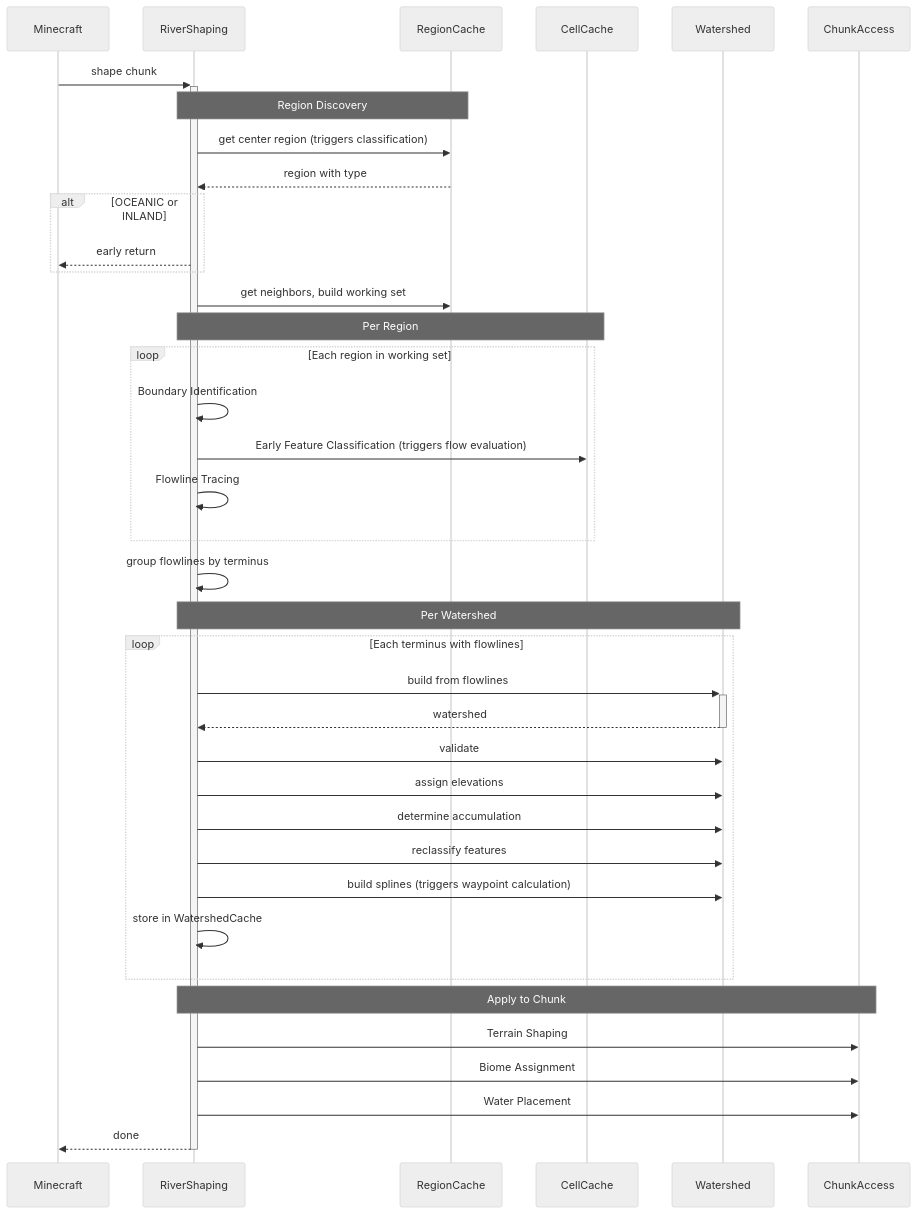
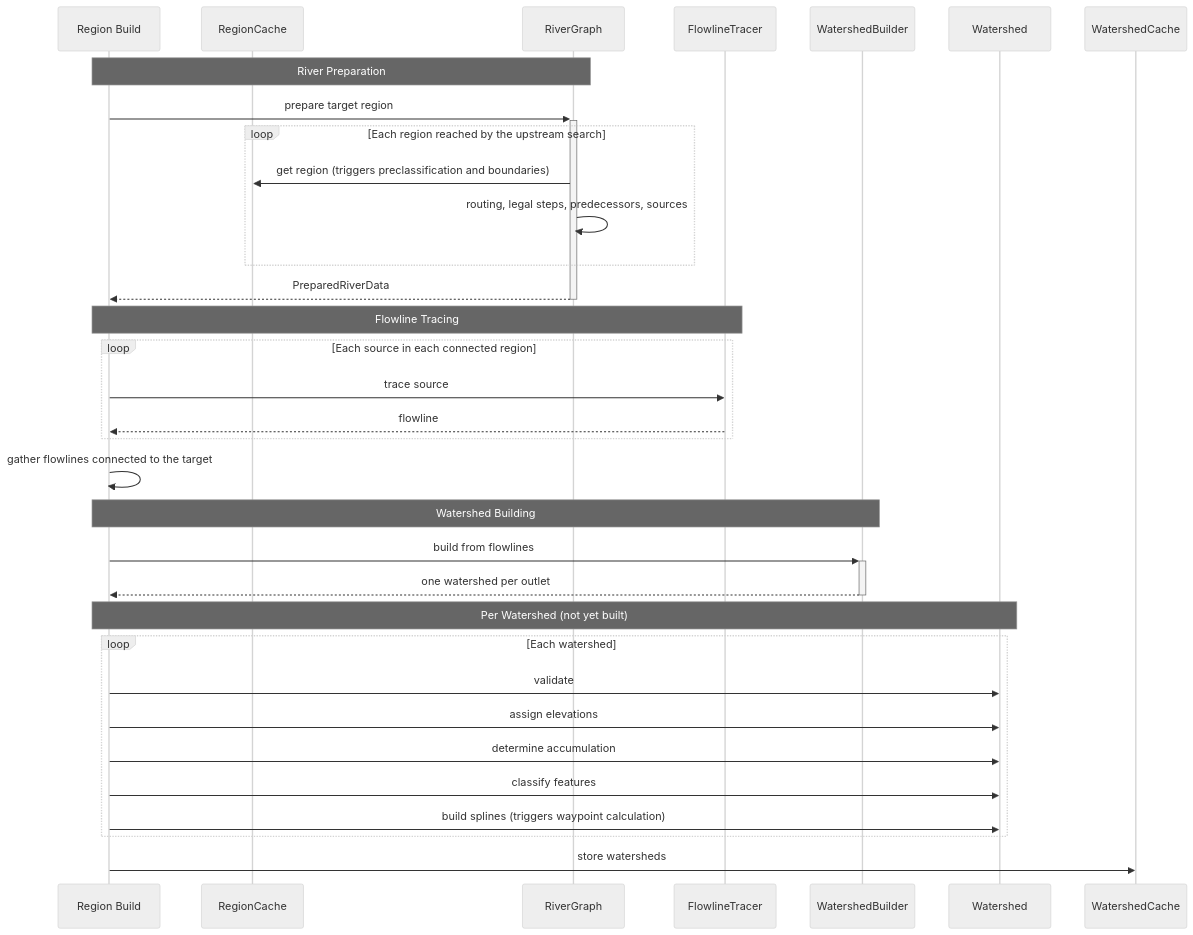
The fourth of 22 diagrams in docs/features/rivers/Rough Diagrams.md (SoSly/RiverTale), drawn with Mermaid (neutral theme) before and after one commit. The commit also changed other lines of this file and 33 other files, not shown here.

Commit message:
docs: replace stale feature docs with an accurate rough diagrams map

````diff
--- a/docs/features/rivers/Rough Diagrams.md
+++ b/docs/features/rivers/Rough Diagrams.md
@@ -49,49 +136,40 @@
 ```mermaid
 sequenceDiagram
-    participant Minecraft
-    participant RiverShaping
+    participant Build as Region Build
     participant RegionCache
-    participant CellCache
+    participant RiverGraph
+    participant FlowlineTracer
+    participant WatershedBuilder
     participant Watershed
-    participant ChunkAccess
+    participant WatershedCache
 
-    Minecraft ->>+ RiverShaping: shape chunk
+    Note over Build,RiverGraph: River Preparation
+    Build ->>+ RiverGraph: prepare target region
+    loop Each region reached by the upstream search
+        RiverGraph ->> RegionCache: get region (triggers preclassification and boundaries)
+        RiverGraph ->> RiverGraph: routing, legal steps, predecessors, sources
+    end
+    RiverGraph -->>- Build: PreparedRiverData
 
-    Note over RiverShaping,RegionCache: Region Discovery
-    RiverShaping ->> RegionCache: get center region (triggers classification)
-    RegionCache -->> RiverShaping: region with type
+    Note over Build,FlowlineTracer: Flowline Tracing
+    loop Each source in each connected region
+        Build ->> FlowlineTracer: trace source
+        FlowlineTracer -->> Build: flowline
+    end
+    Build ->> Build: gather flowlines connected to the target
 
-    alt OCEANIC or INLAND
-        RiverShaping -->> Minecraft: early return
+    Note over Build,WatershedBuilder: Watershed Building
+    Build ->>+ WatershedBuilder: build from flowlines
+    WatershedBuilder -->>- Build: one watershed per outlet
+
+    Note over Build,Watershed: Per Watershed (not yet built)
+    loop Each watershed
+        Build ->> Watershed: validate
+        Build ->> Watershed: assign elevations
+        Build ->> Watershed: determine accumulation
+        Build ->> Watershed: classify features
+        Build ->> Watershed: build splines (triggers waypoint calculation)
     end
 
-    RiverShaping ->> RegionCache: get neighbors, build working set
-
-    Note over RiverShaping,CellCache: Per Region
-    loop Each region in working set
-        RiverShaping ->> RiverShaping: Boundary Identification
-        RiverShaping ->> CellCache: Early Feature Classification (triggers flow evaluation)
-        RiverShaping ->> RiverShaping: Flowline Tracing
-    end
-
-    RiverShaping ->> RiverShaping: group flowlines by terminus
-
-    Note over RiverShaping,Watershed: Per Watershed
-    loop Each terminus with flowlines
-        RiverShaping ->>+ Watershed: build from flowlines
-        Watershed -->>- RiverShaping: watershed
-        RiverShaping ->> Watershed: validate
-        RiverShaping ->> Watershed: assign elevations
-        RiverShaping ->> Watershed: determine accumulation
-        RiverShaping ->> Watershed: reclassify features
-        RiverShaping ->> Watershed: build splines (triggers waypoint calculation)
-        RiverShaping ->> RiverShaping: store in WatershedCache
-    end
-
-    Note over RiverShaping,ChunkAccess: Apply to Chunk
-    RiverShaping ->> ChunkAccess: Terrain Shaping
-    RiverShaping ->> ChunkAccess: Biome Assignment
-    RiverShaping ->> ChunkAccess: Water Placement
-
-    RiverShaping -->>- Minecraft: done
+    Build ->> WatershedCache: store watersheds
 ```
````
